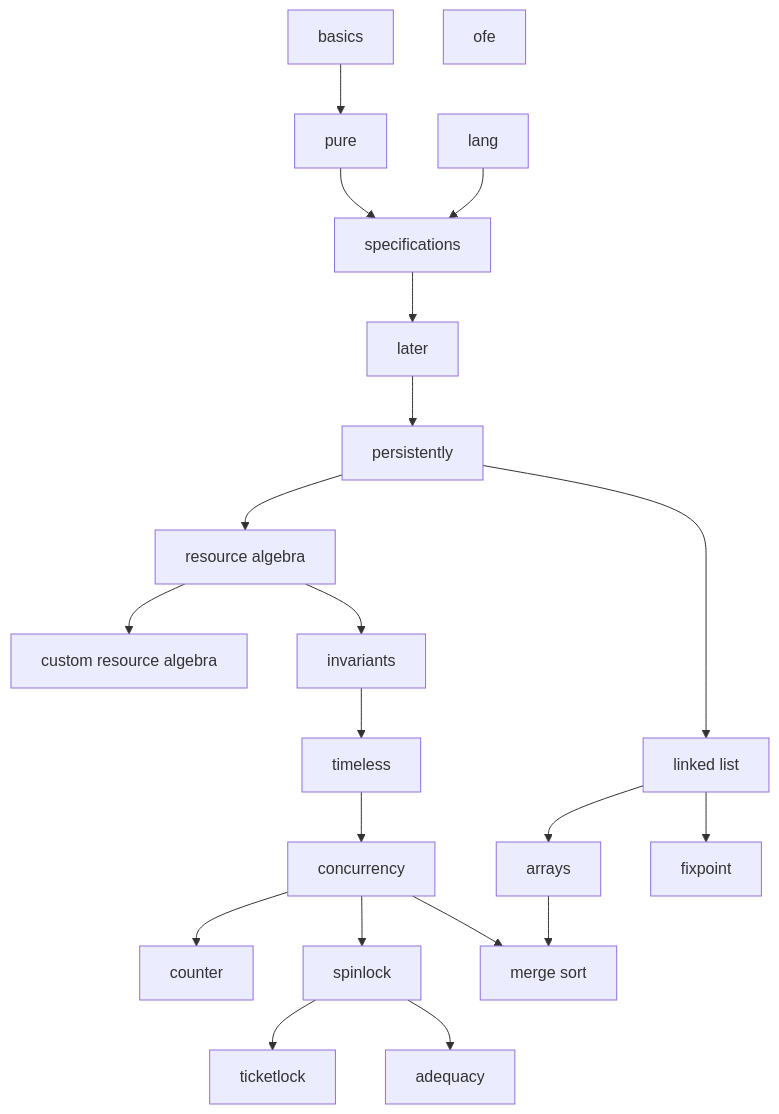
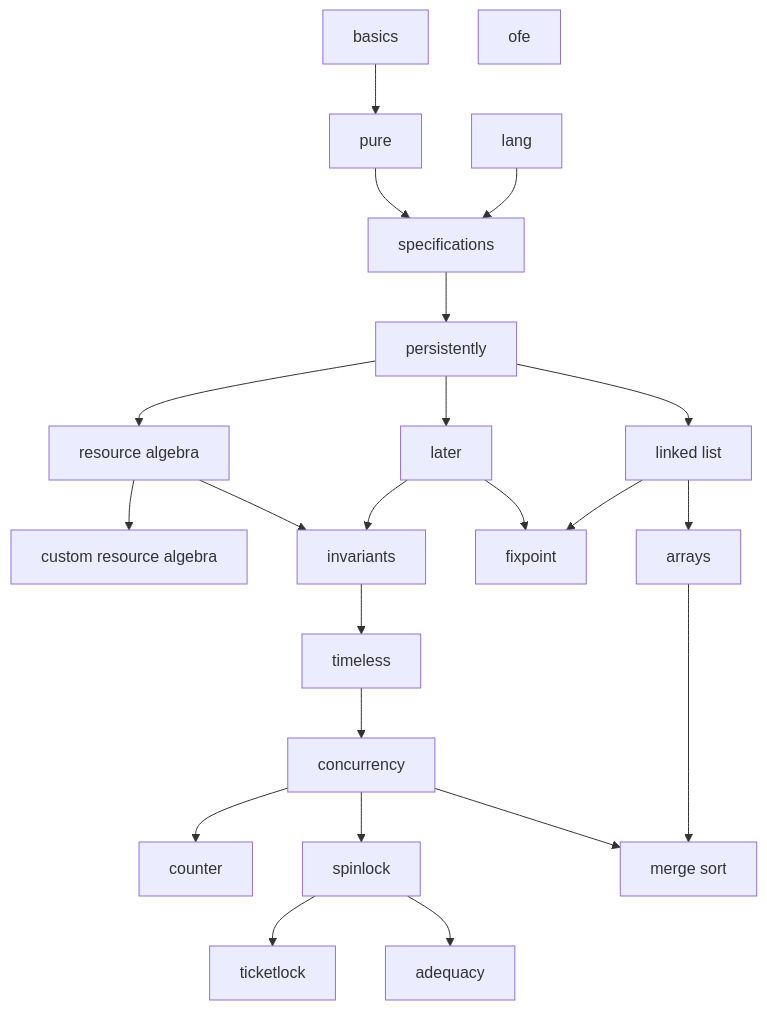
One commit to logsem/iris-tutorial changed the diagram in graph.md. Above: the diagram before and after it, drawn with Mermaid. The commit also changed 8 other files, not shown here.

Commit message:
Changed chapter dependencies so that later depends on persistently. Updated section in later on löb induction. Other small clarifications.

````diff
--- a/graph.md
+++ b/graph.md
@@ -1,29 +1,29 @@
 ```mermaid
 graph TD;
   basics --> pure;
   pure --> specs[specifications];
   lang --> specs;
-  specs --> later;
-  later -->  pers[persistently];
-
+  specs --> pers[persistently];
   pers -->  ra[resource algebra];
+  pers --> later;
+  pers --> linklist[linked list];
+  later --> invariants;
+  later --> fix;
 
   ra --> cst_ra[custom resource algebra];
   ra --> invariants;
   invariants --> timeless;
   timeless --> conc[concurrency];
   
   conc --> counter;
   conc --> spinlock;
     spinlock --> ticketlock;
     spinlock --> adequacy;
 
-  pers --> linklist[linked list];
+  linklist --> fix[fixpoint];
   linklist --> arrays;
-
-  linklist --> fix[fixpoint];
 
   conc --> merge;
   arrays --> merge[merge sort];
   ofe;
 ```
````
